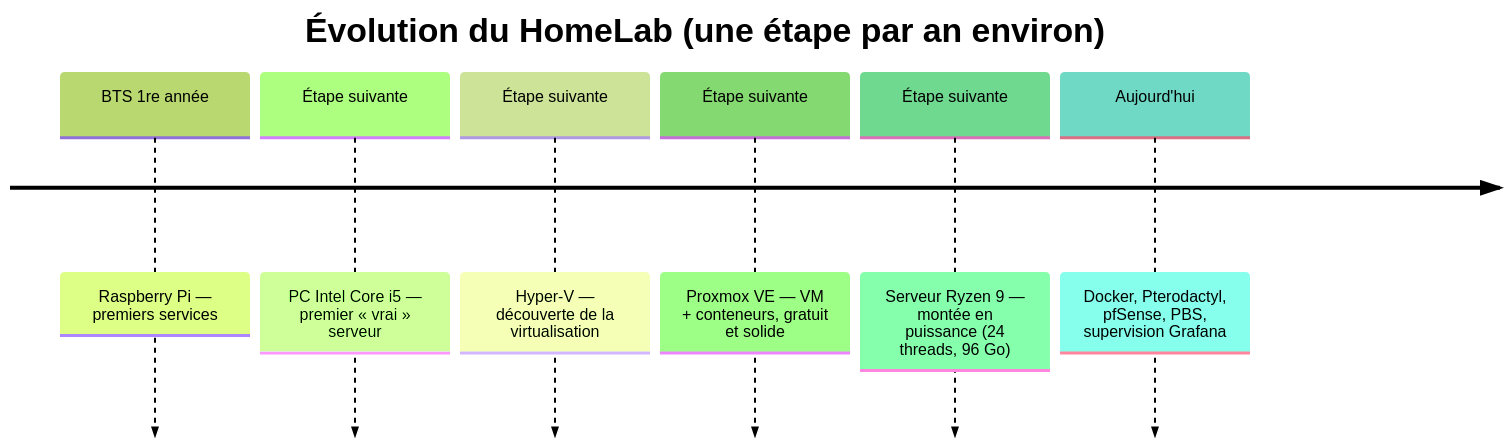
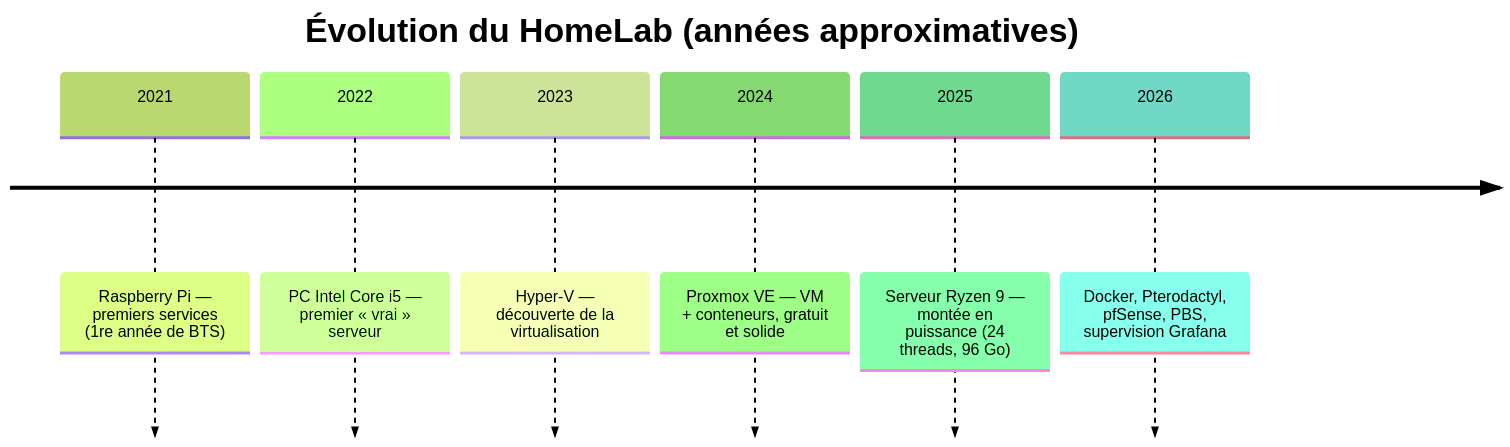
Before and after one commit to Lightshadow02/HomeLab: the diagram in docs/08-historique.md, drawn with Mermaid (forest theme). The commit also changed other lines of this file and 3 other files, not shown here.

First line of the commit message:
Historique : années approximatives (depuis 2021)

````diff
--- a/docs/08-historique.md
+++ b/docs/08-historique.md
@@ -9,10 +9,10 @@
 ```mermaid
 timeline
-    title Évolution du HomeLab (une étape par an environ)
-    BTS 1re année : Raspberry Pi — premiers services
-    Étape suivante : PC Intel Core i5 — premier « vrai » serveur
-    Étape suivante : Hyper-V — découverte de la virtualisation
-    Étape suivante : Proxmox VE — VM + conteneurs, gratuit et solide
-    Étape suivante : Serveur Ryzen 9 — montée en puissance (24 threads, 96 Go)
-    Aujourd'hui : Docker, Pterodactyl, pfSense, PBS, supervision Grafana
+    title Évolution du HomeLab (années approximatives)
+    2021 : Raspberry Pi — premiers services (1re année de BTS)
+    2022 : PC Intel Core i5 — premier « vrai » serveur
+    2023 : Hyper-V — découverte de la virtualisation
+    2024 : Proxmox VE — VM + conteneurs, gratuit et solide
+    2025 : Serveur Ryzen 9 — montée en puissance (24 threads, 96 Go)
+    2026 : Docker, Pterodactyl, pfSense, PBS, supervision Grafana
 ```
````
